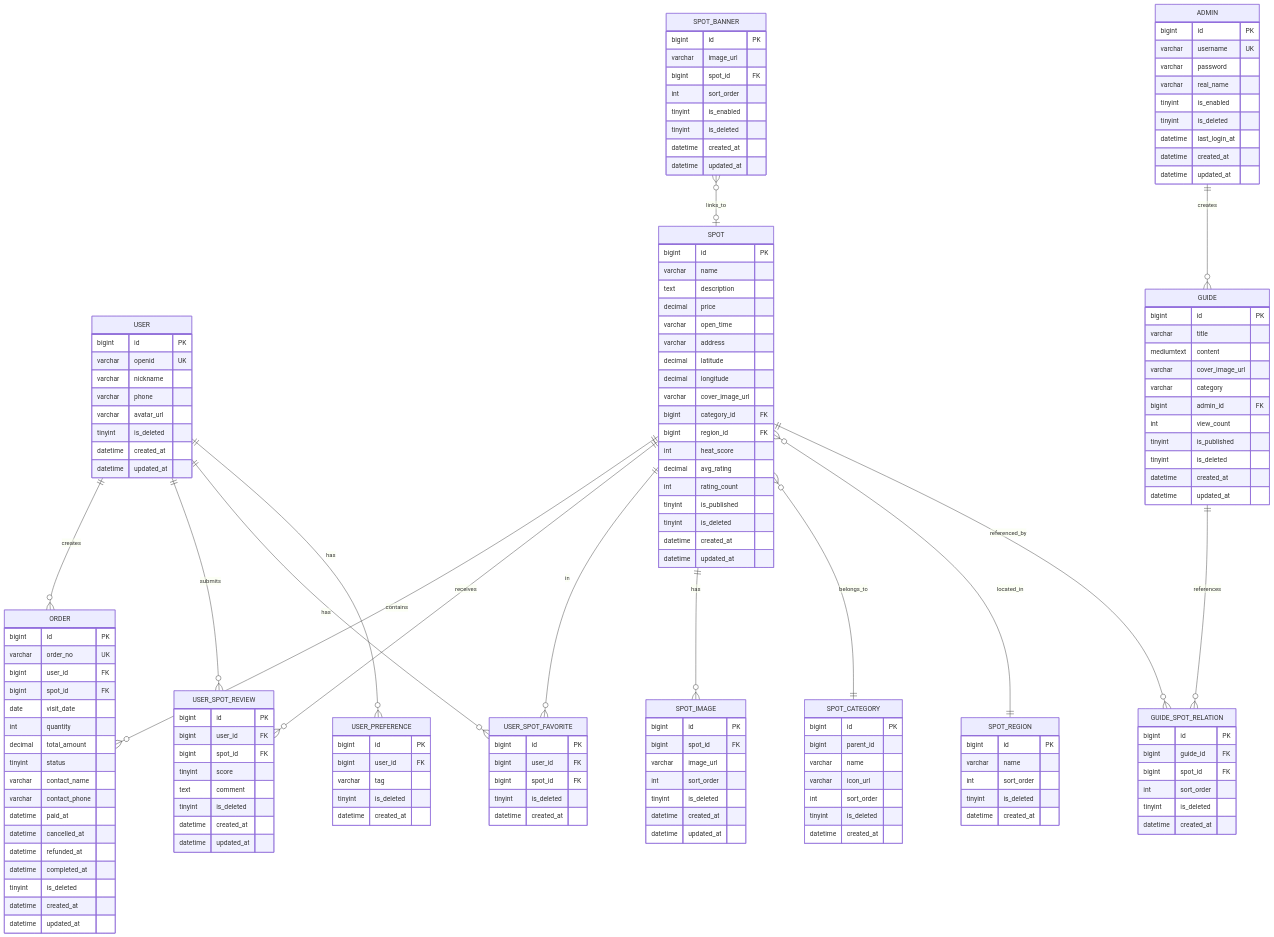
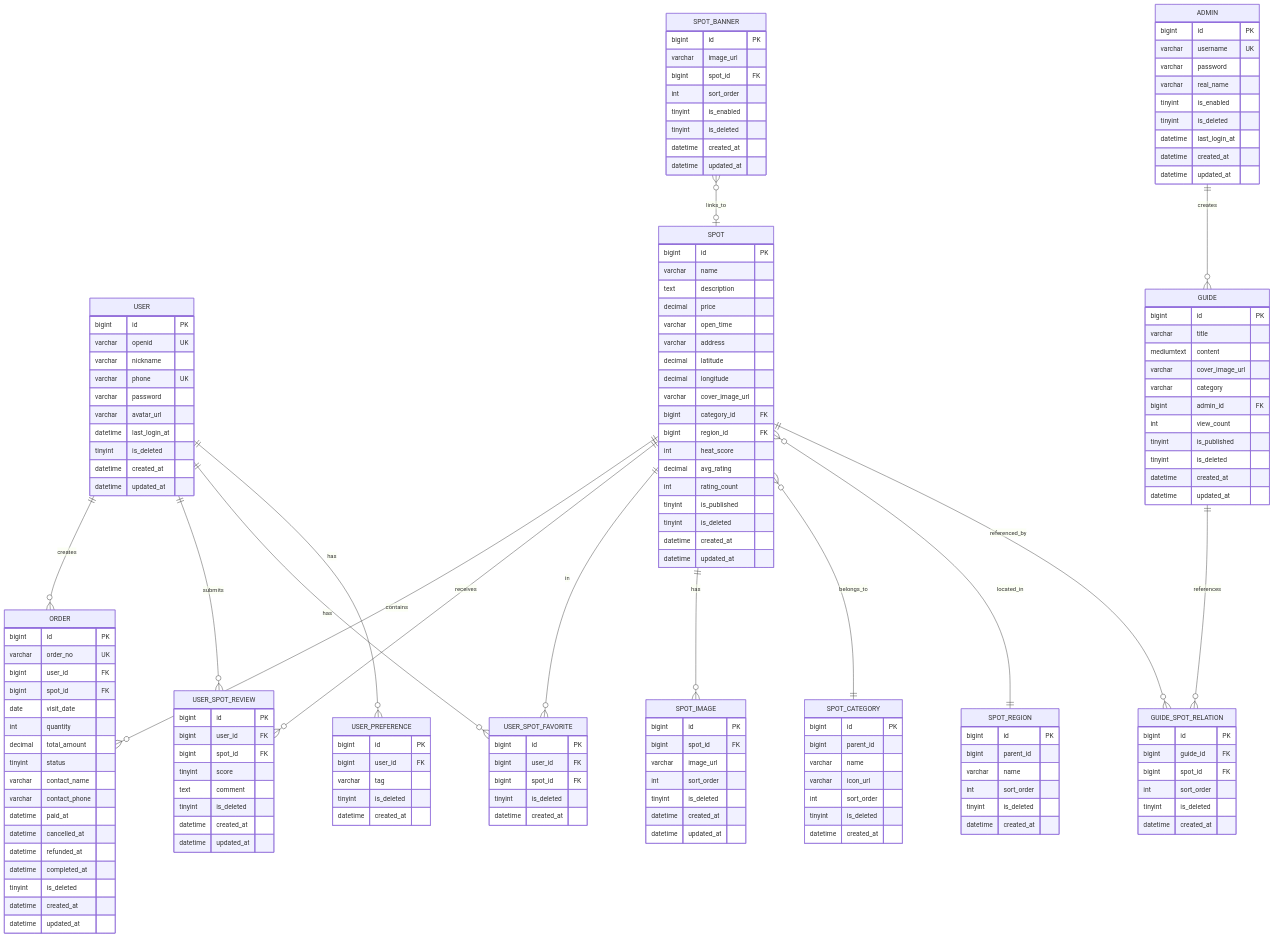
The third of 7 diagrams in .kiro/specs/travel-recommendation-system/design.md (TheayX/WayTrip), drawn with Mermaid before and after one commit. The commit also changed other lines of this file and 6 other files, not shown here.

```diff
--- a/.kiro/specs/travel-recommendation-system/design.md
+++ b/.kiro/specs/travel-recommendation-system/design.md
@@ -383,8 +432,10 @@
         bigint id PK
         varchar openid UK
         varchar nickname
-        varchar phone
+        varchar phone UK
+        varchar password
         varchar avatar_url
+        datetime last_login_at
         tinyint is_deleted
         datetime created_at
         datetime updated_at
@@ -443,6 +494,7 @@
 
     SPOT_REGION {
         bigint id PK
+        bigint parent_id
         varchar name
         int sort_order
         tinyint is_deleted
```
